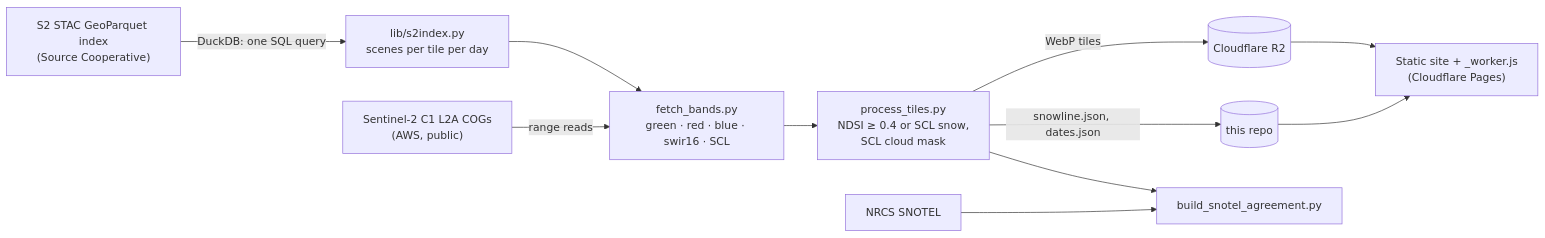
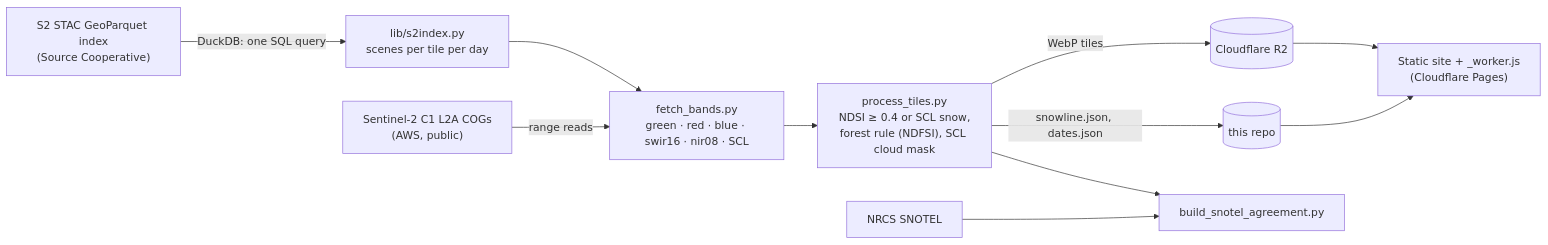
Before and after one commit to itogeo/line: the diagram in README.md, drawn with Mermaid. The commit also changed other lines of this file and 17 other files, not shown here.

````diff
--- a/README.md
+++ b/README.md
@@ -19,13 +20,13 @@
 ```mermaid
 flowchart LR
   idx["S2 STAC GeoParquet index<br/>(Source Cooperative)"] -- "DuckDB: one SQL query" --> find["lib/s2index.py<br/>scenes per tile per day"]
-  find --> fetch["fetch_bands.py<br/>green · red · blue · swir16 · SCL"]
+  find --> fetch["fetch_bands.py<br/>green · red · blue · swir16 · nir08 · SCL"]
   cog["Sentinel-2 C1 L2A COGs<br/>(AWS, public)"] -- "range reads" --> fetch
-  fetch --> proc["process_tiles.py<br/>NDSI ≥ 0.4 or SCL snow,<br/>SCL cloud mask"]
+  fetch --> proc["process_tiles.py<br/>NDSI ≥ 0.4 or SCL snow,<br/>forest rule (NDFSI), SCL cloud mask"]
   proc -- "WebP tiles" --> r2[("Cloudflare R2")]
   proc -- "snowline.json, dates.json" --> git[("this repo")]
   snotel["NRCS SNOTEL"] --> check["build_snotel_agreement.py"]
   proc --> check
   r2 --> site["Static site + _worker.js<br/>(Cloudflare Pages)"]
   git --> site
 ```
````
